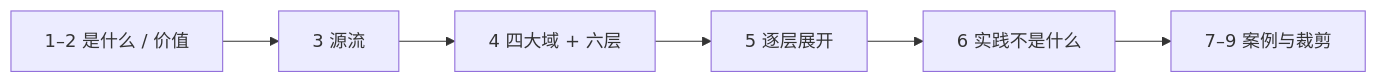
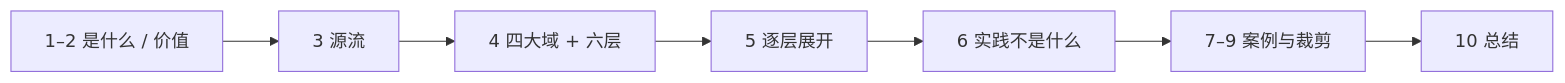
Before and after one commit to xiaxinyu/knowledge_base: the first of 2 diagrams in 20-architecture/20-enterprise-architecture-treatise.md, drawn with Mermaid. The commit also changed other lines of this file, not shown here.

````diff
--- a/20-architecture/20-enterprise-architecture-treatise.md
+++ b/20-architecture/20-enterprise-architecture-treatise.md
@@ -72,8 +103,9 @@
 ```mermaid
 flowchart LR
   A["1–2 是什么 / 价值"] --> B["3 源流"]
   B --> C["4 四大域 + 六层"]
   C --> D["5 逐层展开"]
   D --> E["6 实践不是什么"]
   E --> F["7–9 案例与裁剪"]
+  F --> G["10 总结"]
 ```
````
